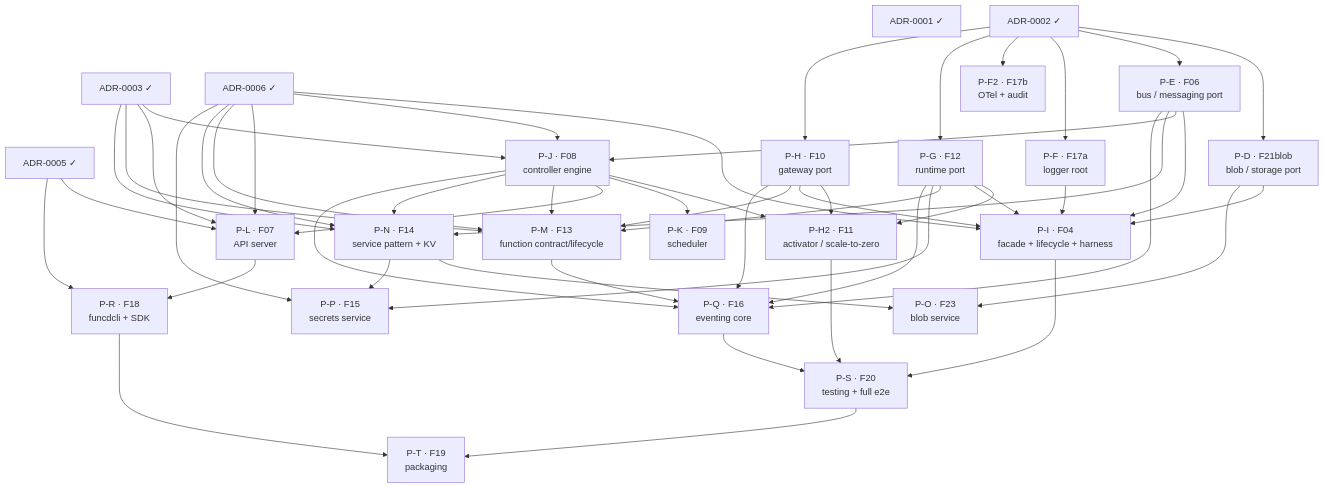
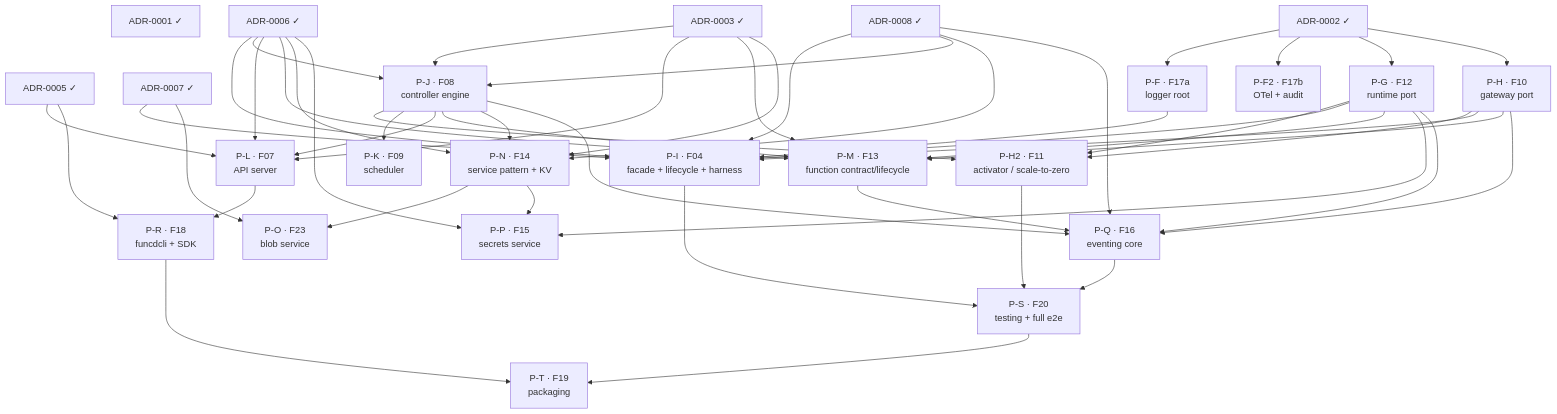
One commit to pyvvo/funcd changed the diagram in docs/roadmap/v1-delivery-plan.md. Above: the diagram before and after it, drawn with Mermaid. The commit also changed other lines of this file and 6 other files, not shown here.

````diff
--- a/docs/roadmap/v1-delivery-plan.md
+++ b/docs/roadmap/v1-delivery-plan.md
@@ -89,77 +89,75 @@
 ```mermaid
 flowchart TB
     ADR_0001["ADR-0001 ✓"]
     ADR_0002["ADR-0002 ✓"]
     ADR_0003["ADR-0003 ✓"]
     ADR_0005["ADR-0005 ✓"]
     ADR_0006["ADR-0006 ✓"]
-    P_D["P-D · F21blob<br/>blob / storage port"]
-    P_E["P-E · F06<br/>bus / messaging port"]
+    ADR_0007["ADR-0007 ✓"]
+    ADR_0008["ADR-0008 ✓"]
     P_F["P-F · F17a<br/>logger root"]
     P_F2["P-F2 · F17b<br/>OTel + audit"]
     P_G["P-G · F12<br/>runtime port"]
     P_H["P-H · F10<br/>gateway port"]
     P_H2["P-H2 · F11<br/>activator / scale-to-zero"]
     P_I["P-I · F04<br/>facade + lifecycle + harness"]
     P_J["P-J · F08<br/>controller engine"]
     P_K["P-K · F09<br/>scheduler"]
     P_L["P-L · F07<br/>API server"]
     P_M["P-M · F13<br/>function contract/lifecycle"]
     P_N["P-N · F14<br/>service pattern + KV"]
     P_O["P-O · F23<br/>blob service"]
     P_P["P-P · F15<br/>secrets service"]
     P_Q["P-Q · F16<br/>eventing core"]
     P_R["P-R · F18<br/>funcdcli + SDK"]
     P_S["P-S · F20<br/>testing + full e2e"]
     P_T["P-T · F19<br/>packaging"]
 
-    ADR_0002 --> P_D
-    ADR_0002 --> P_E
     ADR_0002 --> P_F
     ADR_0002 --> P_F2
     ADR_0002 --> P_G
     ADR_0002 --> P_H
     P_H --> P_H2
     P_G --> P_H2
     P_J --> P_H2
     ADR_0006 --> P_I
-    P_D --> P_I
-    P_E --> P_I
+    ADR_0007 --> P_I
+    ADR_0008 --> P_I
     P_F --> P_I
     P_G --> P_I
     P_H --> P_I
     ADR_0003 --> P_J
     ADR_0006 --> P_J
-    P_E --> P_J
+    ADR_0008 --> P_J
     P_J --> P_K
     ADR_0005 --> P_L
     ADR_0003 --> P_L
     ADR_0006 --> P_L
     P_J --> P_L
     P_G --> P_M
     P_H --> P_M
     ADR_0003 --> P_M
     ADR_0006 --> P_M
     P_J --> P_M
-    P_E --> P_N
+    ADR_0008 --> P_N
     ADR_0006 --> P_N
     P_J --> P_N
     ADR_0003 --> P_N
-    P_D --> P_O
+    ADR_0007 --> P_O
     P_N --> P_O
     ADR_0006 --> P_P
     P_N --> P_P
     P_G --> P_P
-    P_E --> P_Q
+    ADR_0008 --> P_Q
     P_H --> P_Q
     P_G --> P_Q
     P_M --> P_Q
     P_J --> P_Q
     ADR_0005 --> P_R
     P_L --> P_R
     P_I --> P_S
     P_Q --> P_S
     P_H2 --> P_S
     P_R --> P_T
     P_S --> P_T
 ```
````
